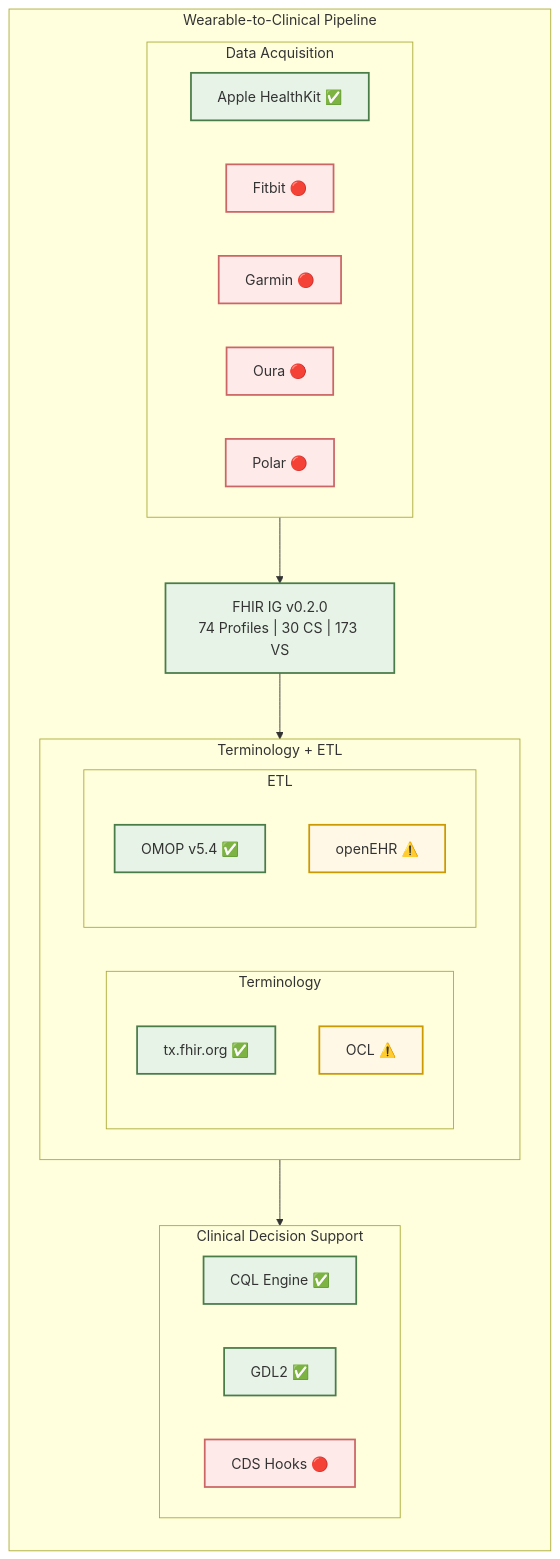
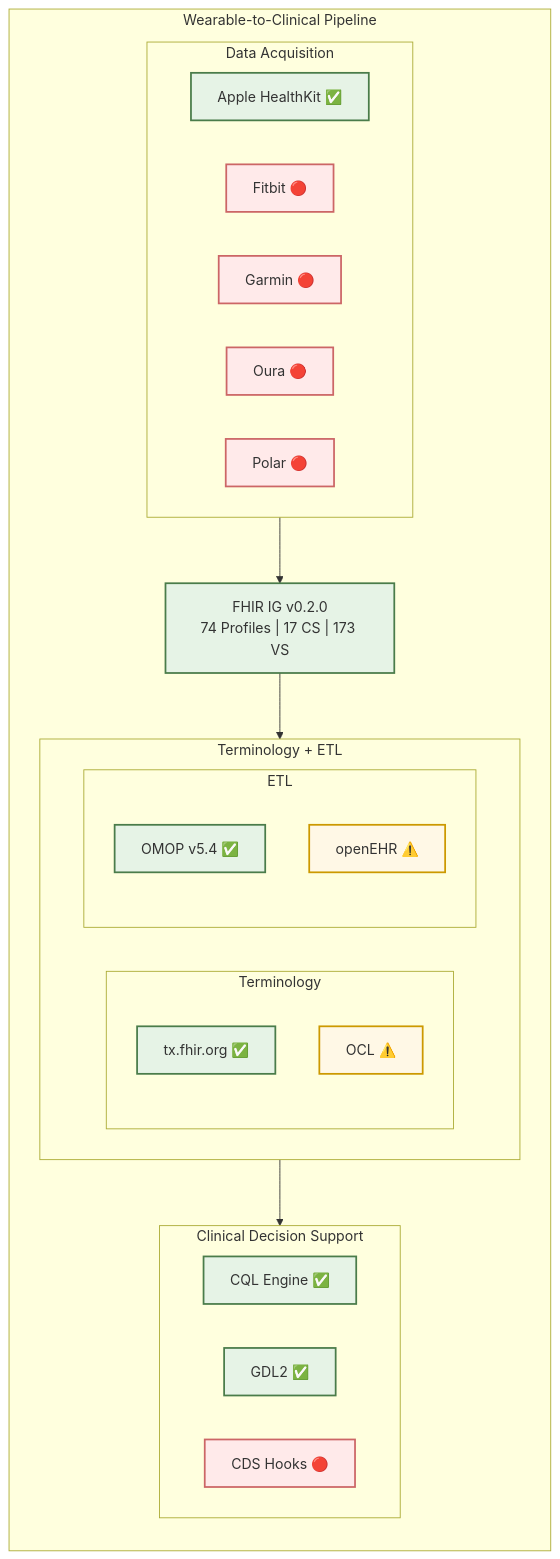
The first of 5 diagrams in README.md (RicardoLSantos/shorthand), drawn with Mermaid before and after one commit. The commit also changed other lines of this file and 14 other files, not shown here.

````diff
--- a/README.md
+++ b/README.md
@@ -30,48 +30,48 @@
 ```mermaid
 flowchart TB
     subgraph WP["Wearable-to-Clinical Pipeline"]
         direction TB
 
         subgraph TG1["Data Acquisition"]
             direction LR
             APPLE["Apple HealthKit ✅"]
             FITBIT["Fitbit 🔴"]
             GARMIN["Garmin 🔴"]
             OURA["Oura 🔴"]
             POLAR["Polar 🔴"]
         end
 
-        FHIRIG["FHIR IG v0.2.0<br/>74 Profiles | 30 CS | 173 VS"]
+        FHIRIG["FHIR IG v0.2.0<br/>74 Profiles | 17 CS | 173 VS"]
 
         subgraph TG2["Terminology + ETL"]
             direction LR
             subgraph TERM["Terminology"]
                 TXFHIR["tx.fhir.org ✅"]
                 OCL["OCL ⚠️"]
             end
             subgraph ETL["ETL"]
                 OMOP["OMOP v5.4 ✅"]
                 OPENEHR["openEHR ⚠️"]
             end
         end
 
         subgraph TG4["Clinical Decision Support"]
             direction LR
             CQL["CQL Engine ✅"]
             GDL2["GDL2 ✅"]
             CDSHOOKS["CDS Hooks 🔴"]
         end
     end
 
     TG1 --> FHIRIG
     FHIRIG --> TG2
     TG2 --> TG4
 
     classDef done fill:#e6f3e6,stroke:#4a7c4a,stroke-width:2px,color:#333
     classDef partial fill:#fff8e6,stroke:#cc9900,stroke-width:2px,color:#333
     classDef todo fill:#ffeaea,stroke:#cc6666,stroke-width:2px,color:#333
 
     class APPLE,FHIRIG,TXFHIR,OMOP,CQL,GDL2 done
     class OCL,OPENEHR partial
     class FITBIT,GARMIN,OURA,POLAR,CDSHOOKS todo
 ```
````
